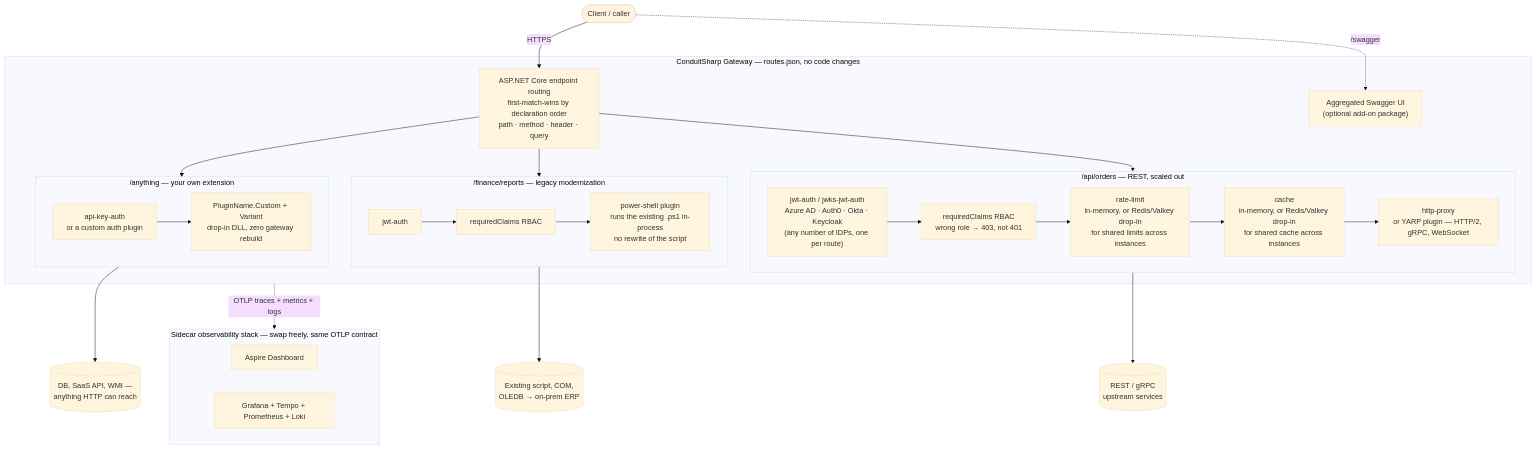
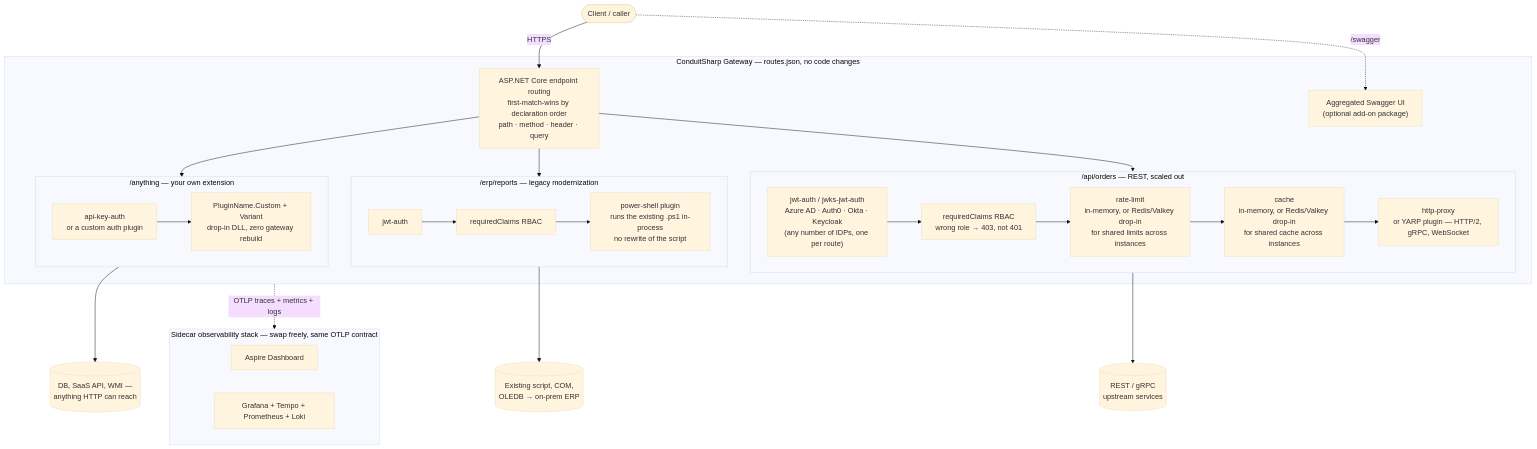
One commit to liqngliz/ConduitSharp changed the first of 3 diagrams in docs/ARCHITECTURE.md. Above: the diagram before and after it, drawn with Mermaid (base theme). The commit also changed other lines of this file and 65 other files, not shown here.

````diff
--- a/docs/ARCHITECTURE.md
+++ b/docs/ARCHITECTURE.md
@@ -11,52 +11,52 @@
 ```mermaid
 flowchart TB
     client(["Client / caller"])
     client -->|HTTPS| router
     client -.->|/swagger| swaggerui
 
     subgraph gw ["ConduitSharp Gateway — routes.json, no code changes"]
         router["ASP.NET Core endpoint routing\nfirst-match-wins by declaration order\npath · method · header · query"]
         swaggerui["Aggregated Swagger UI\n(optional add-on package)"]
 
         subgraph route1 ["/api/orders — REST, scaled out"]
             direction LR
             r1auth["jwt-auth / jwks-jwt-auth\nAzure AD · Auth0 · Okta · Keycloak\n(any number of IDPs, one per route)"]
             r1rbac["requiredClaims RBAC\nwrong role → 403, not 401"]
             r1rl["rate-limit\nin-memory, or Redis/Valkey drop-in\nfor shared limits across instances"]
             r1cache["cache\nin-memory, or Redis/Valkey drop-in\nfor shared cache across instances"]
             r1fwd["http-proxy\nor YARP plugin — HTTP/2, gRPC, WebSocket"]
             r1auth --> r1rbac --> r1rl --> r1cache --> r1fwd
         end
 
-        subgraph route2 ["/finance/reports — legacy modernization"]
+        subgraph route2 ["/erp/reports — legacy modernization"]
             direction LR
             r2auth["jwt-auth"]
             r2rbac["requiredClaims RBAC"]
             r2ps["power-shell plugin\nruns the existing .ps1 in-process\nno rewrite of the script"]
             r2auth --> r2rbac --> r2ps
         end
 
         subgraph route3 ["/anything — your own extension"]
             direction LR
             r3auth["api-key-auth\nor a custom auth plugin"]
             r3custom["PluginName.Custom + Variant\ndrop-in DLL, zero gateway rebuild"]
             r3auth --> r3custom
         end
 
         router --> route1
         router --> route2
         router --> route3
     end
 
     r1fwd --> upstream[("REST / gRPC\nupstream services")]
     r2ps --> legacy[("Existing script, COM,\nOLEDB → on-prem ERP")]
     r3custom --> anything[("DB, SaaS API, WMI —\nanything HTTP can reach")]
 
     gw -. OTLP traces + metrics + logs .-> sidecar
 
     subgraph sidecar ["Sidecar observability stack — swap freely, same OTLP contract"]
         direction LR
         aspire["Aspire Dashboard"]
         grafanastack["Grafana + Tempo + Prometheus + Loki"]
     end
 ```
````
